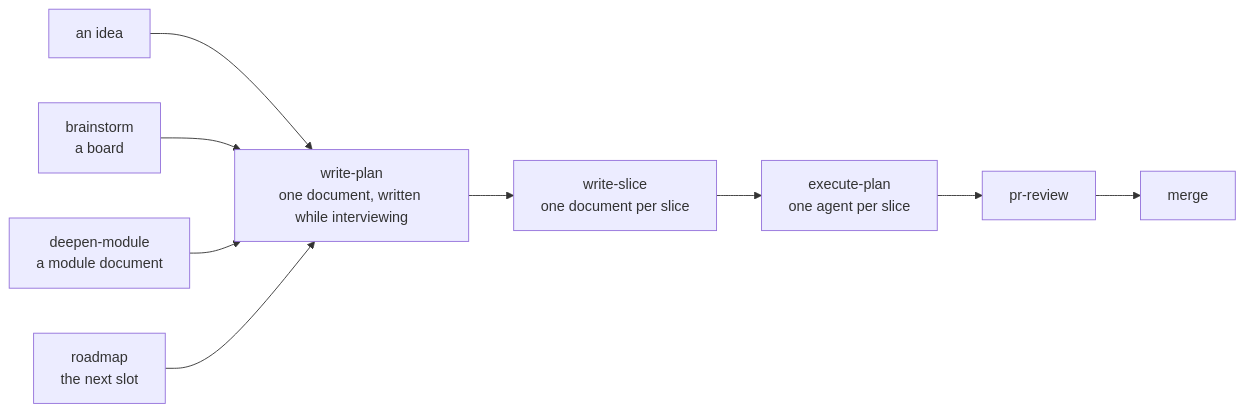
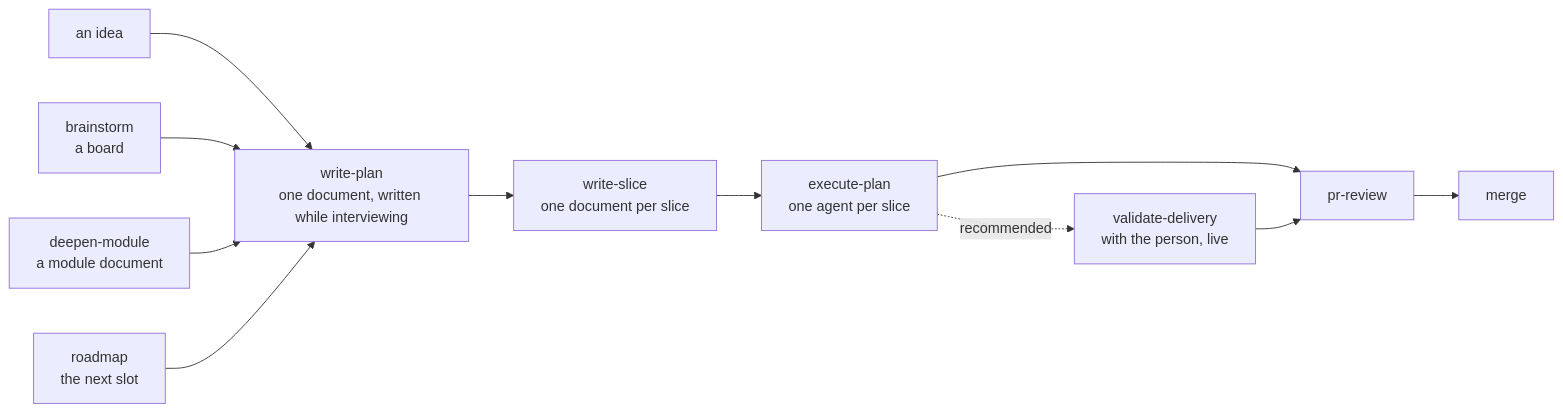
Before and after one commit to Ovich/charrette: the diagram in README.md, drawn with Mermaid. The commit also changed other lines of this file and 5 other files, not shown here.

First line of the commit message:
feat(verify): validate-delivery, a delivery tried and reworked live with the person

````diff
--- a/README.md
+++ b/README.md
@@ -21,11 +21,13 @@
 ```mermaid
 flowchart LR
   I["an idea"] --> P
   B["brainstorm<br/>a board"] --> P
   DM["deepen-module<br/>a module document"] --> P
   RM["roadmap<br/>the next slot"] --> P
   P["write-plan<br/>one document, written while interviewing"] --> WS["write-slice<br/>one document per slice"]
   WS --> E["execute-plan<br/>one agent per slice"]
   E --> R["pr-review"]
+  E -.->|"recommended"| V["validate-delivery<br/>with the person, live"]
+  V --> R
   R --> M["merge"]
 ```
````
